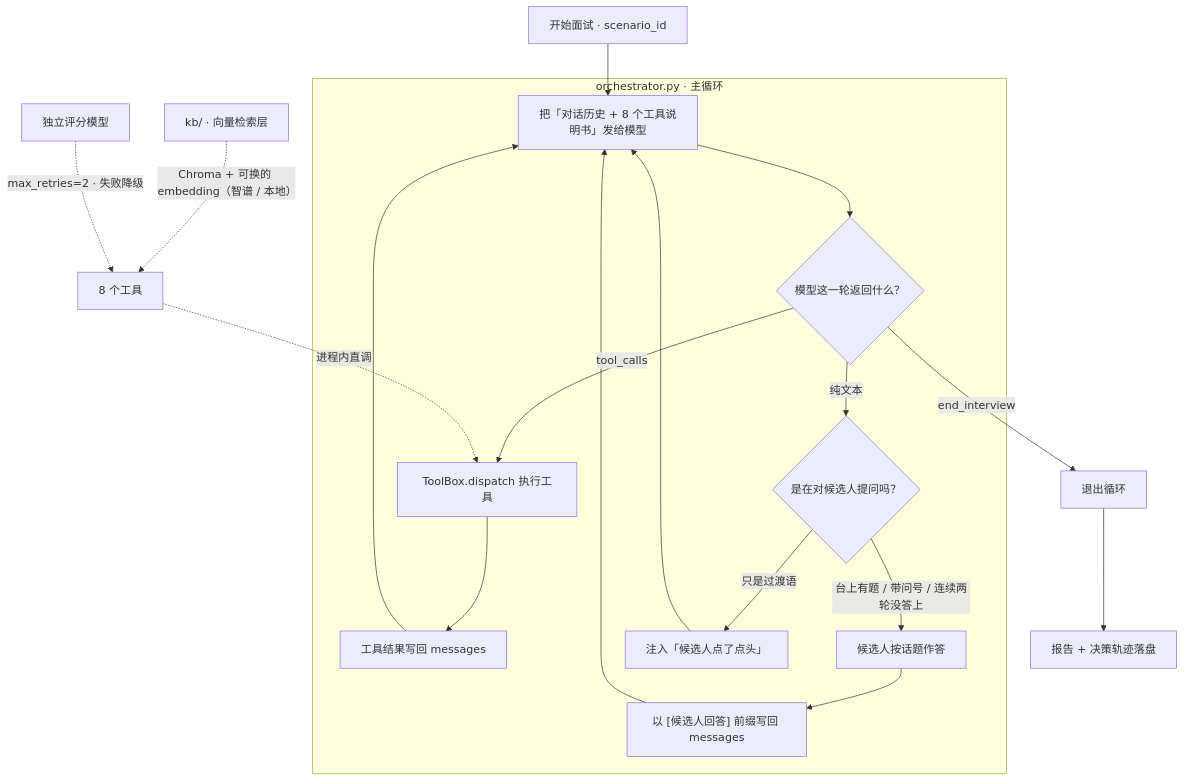
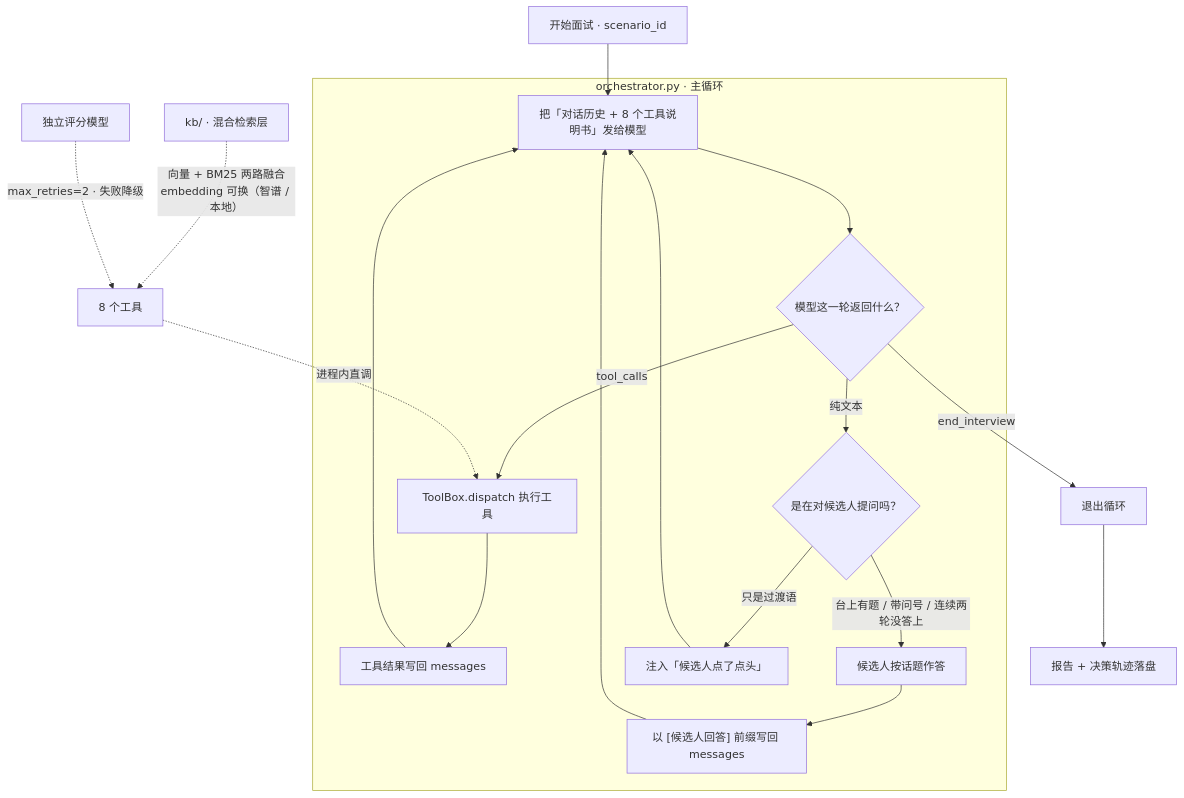
One commit to spike5321/mockmate changed the diagram in README.md. Above: the diagram before and after it, drawn with Mermaid. The commit also changed other lines of this file and 2 other files, not shown here.

````diff
--- a/README.md
+++ b/README.md
@@ -51,23 +51,23 @@
 ```mermaid
 flowchart TD
     START["开始面试 · scenario_id"] --> DECIDE
 
     subgraph LOOP["orchestrator.py · 主循环"]
         DECIDE["把「对话历史 + 8 个工具说明书」发给模型"] --> THINK{"模型这一轮返回什么？"}
         THINK -->|tool_calls| DISPATCH["ToolBox.dispatch 执行工具"]
         DISPATCH --> FEEDBACK["工具结果写回 messages"]
         FEEDBACK --> DECIDE
         THINK -->|纯文本| ASK{"是在对候选人提问吗？"}
         ASK -->|"台上有题 / 带问号 / 连续两轮没答上"| CAND["候选人按话题作答"]
         ASK -->|只是过渡语| NOD["注入「候选人点了点头」"]
         CAND --> BACK["以 [候选人回答] 前缀写回 messages"]
         BACK --> DECIDE
         NOD --> DECIDE
     end
 
     THINK -->|end_interview| FINISH["退出循环"]
     TOOLS["8 个工具"] -.->|"进程内直调"| DISPATCH
-    KB["kb/ · 向量检索层"] -.->|"Chroma + 可换的 embedding（智谱 / 本地）"| TOOLS
+    KB["kb/ · 混合检索层"] -.->|"向量 + BM25 两路融合<br/>embedding 可换（智谱 / 本地）"| TOOLS
     JUDGE["独立评分模型"] -.->|"max_retries=2 · 失败降级"| TOOLS
     FINISH --> OUT["报告 + 决策轨迹落盘"]
 ```
````
